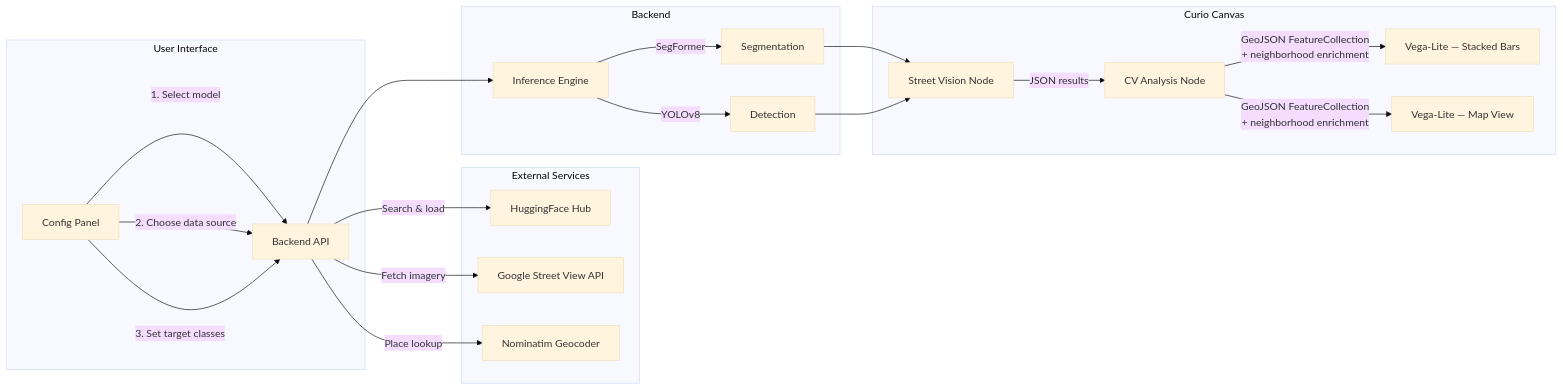
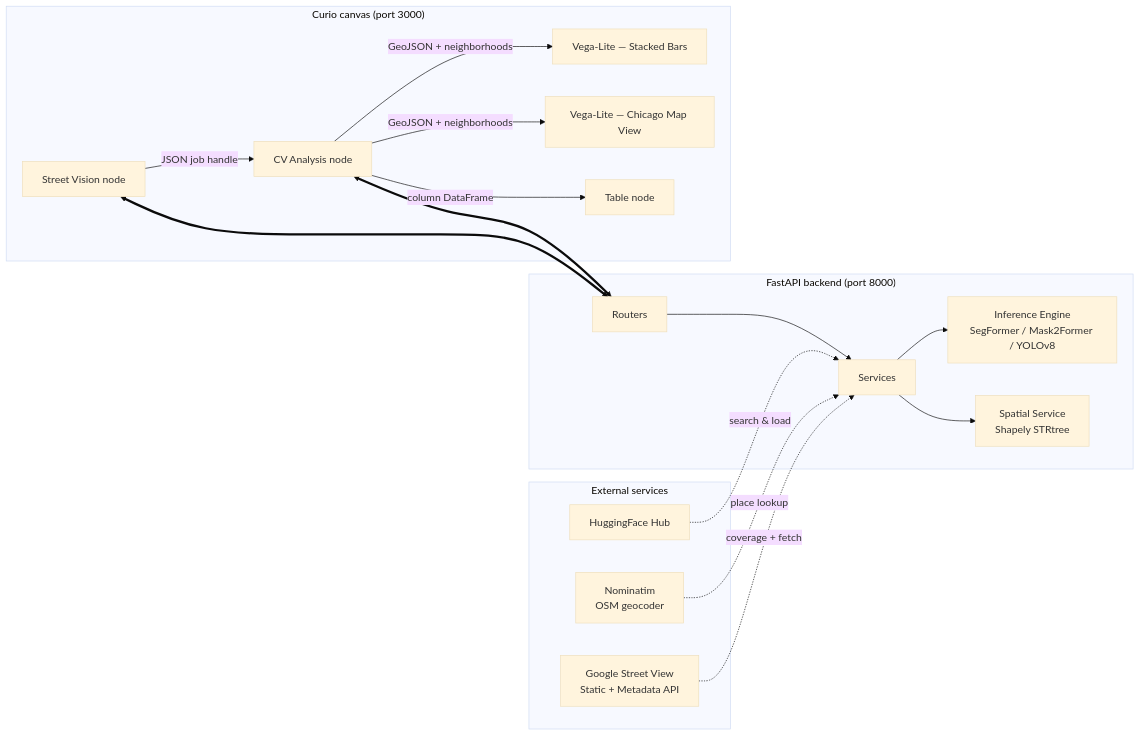
Before and after one commit to ManeeshJupalle/Street-Level-Vision-Analytics-Node-for-Curio: the diagram in README.md, drawn with Mermaid (base theme). The commit also changed other lines of this file, not shown here.

````diff
--- a/README.md
+++ b/README.md
@@ -47,31 +120,27 @@
 ```mermaid
 flowchart LR
-    subgraph User Interface
-        A[Config Panel] -->|1. Select model| B[Backend API]
-        A -->|2. Choose data source| B
-        A -->|3. Set target classes| B
+    subgraph External["External services"]
+      HF[HuggingFace Hub]
+      NOM[Nominatim<br/>OSM geocoder]
+      GSV[Google Street View<br/>Static + Metadata API]
     end
 
-    subgraph External Services
-        HF[HuggingFace Hub]
-        GSV[Google Street View API]
-        NOM[Nominatim Geocoder]
+    subgraph Backend["FastAPI backend (port 8000)"]
+      ROUT[Routers] --> SVC[Services]
+      SVC --> INF[Inference Engine<br/>SegFormer / Mask2Former / YOLOv8]
+      SVC --> SPAT[Spatial Service<br/>Shapely STRtree]
     end
 
-    subgraph Backend
-        B -->|Search & load| HF
-        B -->|Place lookup| NOM
-        B -->|Fetch imagery| GSV
-        B --> INF[Inference Engine]
-        INF -->|SegFormer| SEG[Segmentation]
-        INF -->|YOLOv8| DET[Detection]
+    subgraph CurioCanvas["Curio canvas (port 3000)"]
+      SV[Street Vision node] -->|JSON job handle| CV[CV Analysis node]
+      CV -->|GeoJSON + neighborhoods| VLBars[Vega-Lite — Stacked Bars]
+      CV -->|GeoJSON + neighborhoods| VLMap[Vega-Lite — Chicago Map View]
+      CV -->|column DataFrame| TBL[Table node]
     end
 
-    subgraph Curio Canvas
-        SEG --> SV[Street Vision Node]
-        DET --> SV
-        SV -->|JSON results| CV[CV Analysis Node]
-        CV -->|GeoJSON FeatureCollection<br/>+ neighborhood enrichment| BARS[Vega-Lite — Stacked Bars]
-        CV -->|GeoJSON FeatureCollection<br/>+ neighborhood enrichment| MAPVIEW[Vega-Lite — Map View]
-    end
+    HF -.search & load.-> SVC
+    NOM -.place lookup.-> SVC
+    GSV -.coverage + fetch.-> SVC
+    SV <==> ROUT
+    CV <==> ROUT
 ```
````
